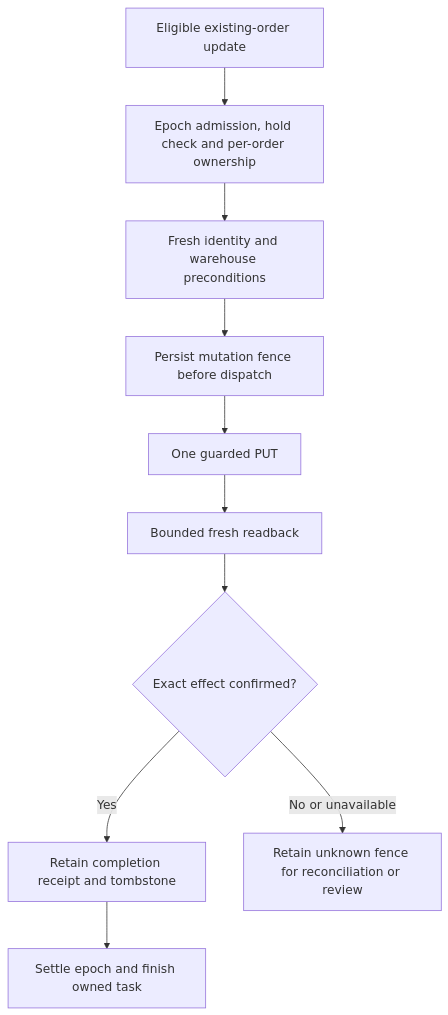
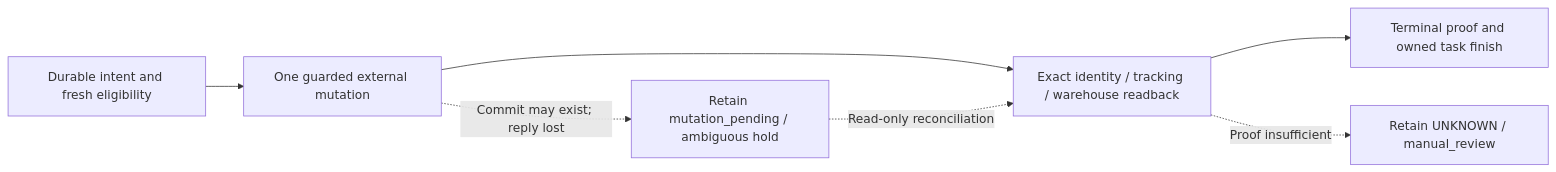
Before and after one commit to Faleovad/portfolio: the diagram in cases/ebay-keycrm-erp/README.md, drawn with Mermaid. The commit also changed other lines of this file and 44 other files, not shown here.

Commit message:
Add layered architecture evidence, 50 chains, real lab captures and Compose verification

````diff
--- a/cases/ebay-keycrm-erp/README.md
+++ b/cases/ebay-keycrm-erp/README.md
@@ -78,12 +39,9 @@
 ```mermaid
-flowchart TD
-    plan["Eligible existing-order update"] --> admission["Epoch admission, hold check and per-order ownership"]
-    admission --> fresh["Fresh identity and warehouse preconditions"]
-    fresh --> fence["Persist mutation fence before dispatch"]
-    fence --> send["One guarded PUT"]
-    send --> readback["Bounded fresh readback"]
-    readback --> decision{"Exact effect confirmed?"}
-    decision -->|"Yes"| receipt["Retain completion receipt and tombstone"]
-    receipt --> finish["Settle epoch and finish owned task"]
-    decision -->|"No or unavailable"| hold["Retain unknown fence for reconciliation or review"]
+flowchart LR
+  intent["Durable intent and fresh eligibility"] --> send["One guarded external mutation"]
+  send --> check["Exact identity / tracking / warehouse readback"]
+  check --> proof["Terminal proof and owned task finish"]
+  send -.->|"Commit may exist; reply lost"| unknown["Retain mutation_pending / ambiguous hold"]
+  unknown -.->|"Read-only reconciliation"| check
+  check -.->|"Proof insufficient"| review["Retain UNKNOWN / manual_review"]
 ```
````
